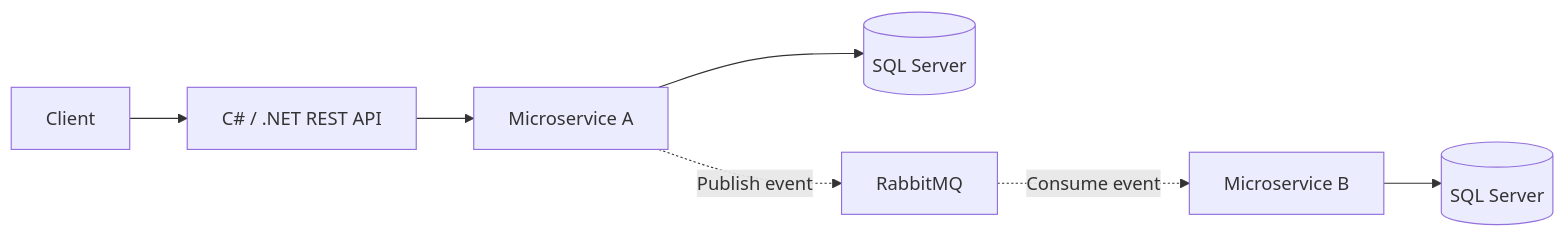
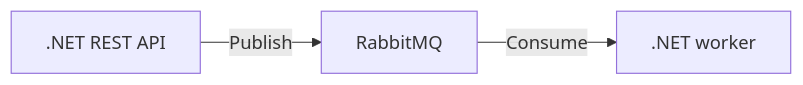
One commit to FilipeAndrade/FilipeAndrade changed the diagram in README.md. Above: the diagram before and after it, drawn with Mermaid. The commit also changed other lines of this file and 7 other files, not shown here.

````diff
--- a/README.md
+++ b/README.md
@@ -30,9 +31,5 @@
 ```mermaid
 flowchart LR
-    Client[Client] --> API["C# / .NET REST API"]
-    API --> ServiceA[Microservice A]
-    ServiceA --> DatabaseA[(SQL Server)]
-    ServiceA -. Publish event .-> Broker[RabbitMQ]
-    Broker -. Consume event .-> ServiceB[Microservice B]
-    ServiceB --> DatabaseB[(SQL Server)]
+    API[".NET REST API"] -->|Publish| Broker["RabbitMQ"]
+    Broker -->|Consume| Worker[".NET worker"]
 ```
````
